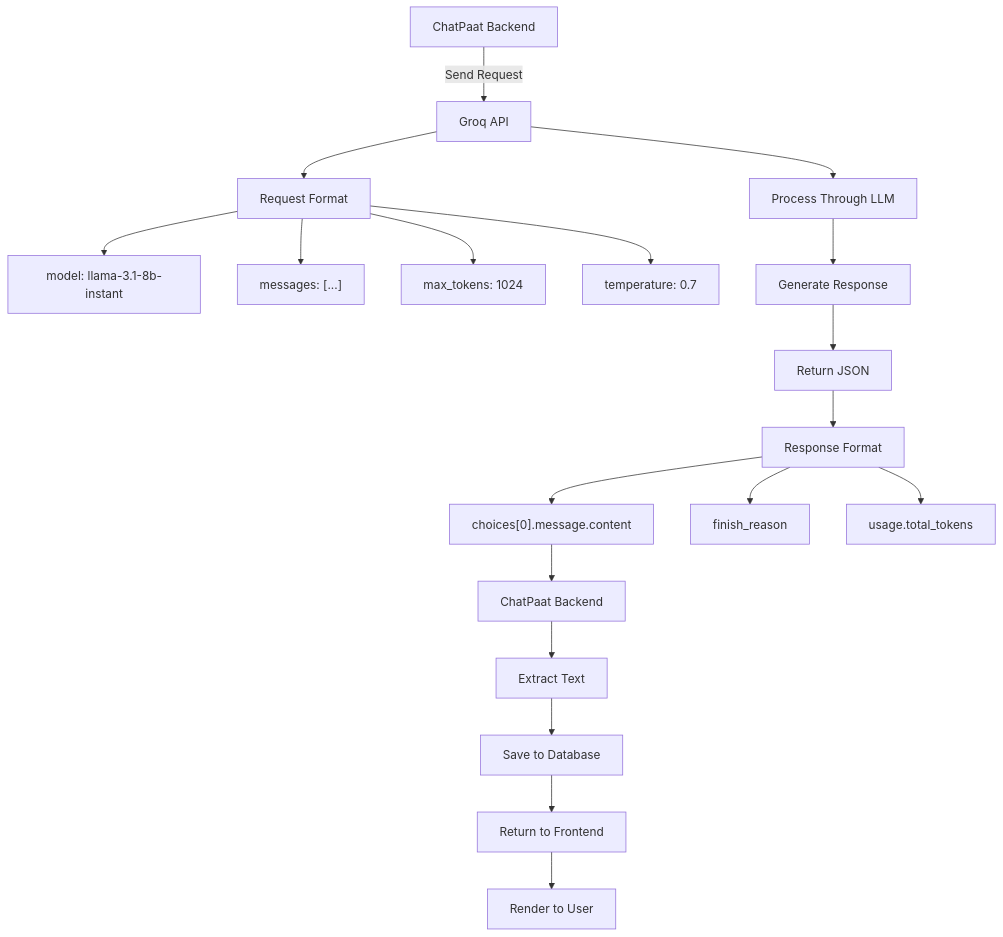
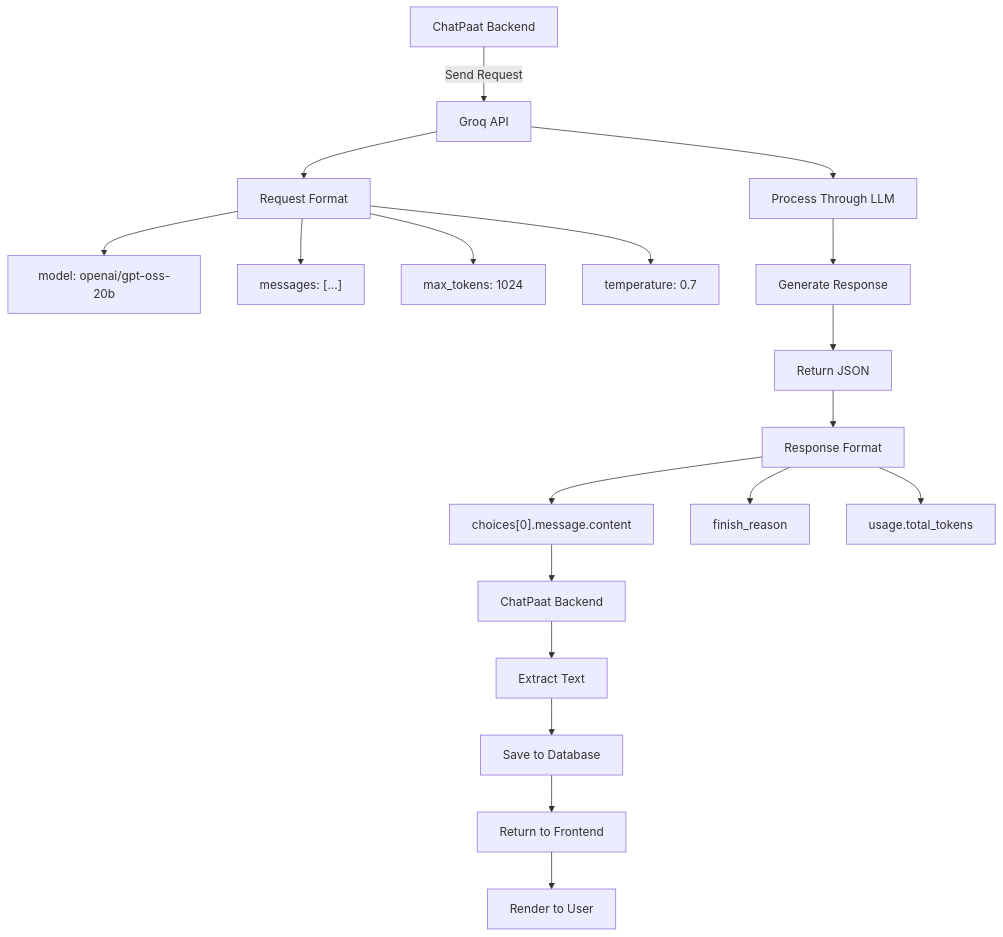
The tenth of 14 diagrams in documentaion/05_Workflow_and_Flowcharts.md (SujayKumarMondal/ChatBot-FastAPI-NextJS), drawn with Mermaid before and after one commit. The commit also changed other lines of this file and 12 other files, not shown here.

Commit message:
Update AI model references from Groq LLaMA 3.1 to OpenAI GPT-OSS 20B across documentation and codebase

````diff
--- a/documentaion/05_Workflow_and_Flowcharts.md
+++ b/documentaion/05_Workflow_and_Flowcharts.md
@@ -389,25 +389,25 @@
 ```mermaid
 flowchart TD
     A[ChatPaat Backend] -->|Send Request| B[Groq API]
     
     B --> C[Request Format]
-    C --> D["model: llama-3.1-8b-instant"]
+    C --> D["model: openai/gpt-oss-20b"]
     C --> E["messages: [...]"]
     C --> F["max_tokens: 1024"]
     C --> G["temperature: 0.7"]
     
     B --> H[Process Through LLM]
     H --> I[Generate Response]
     I --> J[Return JSON]
     
     J --> K[Response Format]
     K --> L["choices[0].message.content"]
     K --> M["finish_reason"]
     K --> N["usage.total_tokens"]
     
     L --> O[ChatPaat Backend]
     O --> P[Extract Text]
     P --> Q[Save to Database]
     Q --> R[Return to Frontend]
     R --> S[Render to User]
 ```
````
